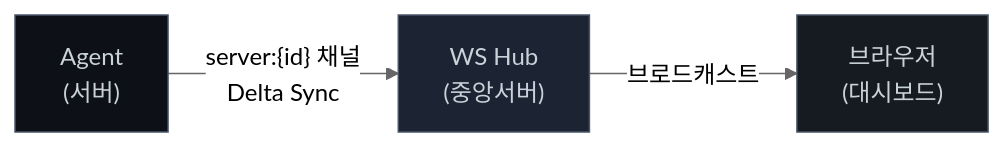
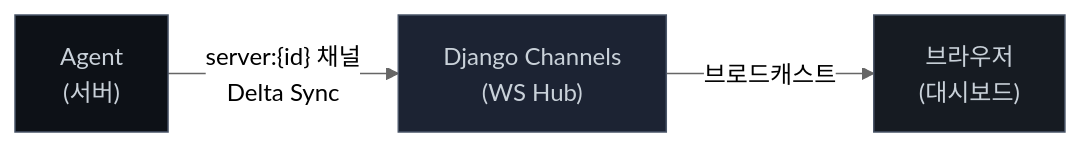
One commit to qkr7287/HyperCube changed the fourth of 11 diagrams in docs/to-be-architecture.md. Above: the diagram before and after it, drawn with Mermaid (neutral theme). The commit also changed other lines of this file, not shown here.

First line of the commit message:
docs: update Phase timeline and fix remaining references for Django

````diff
--- a/docs/to-be-architecture.md
+++ b/docs/to-be-architecture.md
@@ -345,9 +345,9 @@
 ```mermaid
 graph LR
-    Agent["Agent<br/>(서버)"] -->|"server:{id} 채널<br/>Delta Sync"| WSHub["WS Hub<br/>(중앙서버)"]
+    Agent["Agent<br/>(서버)"] -->|"server:{id} 채널<br/>Delta Sync"| WSHub["Django Channels<br/>(WS Hub)"]
     WSHub -->|"브로드캐스트"| Browser["브라우저<br/>(대시보드)"]
 
     style Agent fill:#0d1117,stroke:#4a5568,color:#c9d1d9
     style WSHub fill:#1c2333,stroke:#4a5568,color:#c9d1d9
     style Browser fill:#161b22,stroke:#4a5568,color:#c9d1d9
 ```
````
